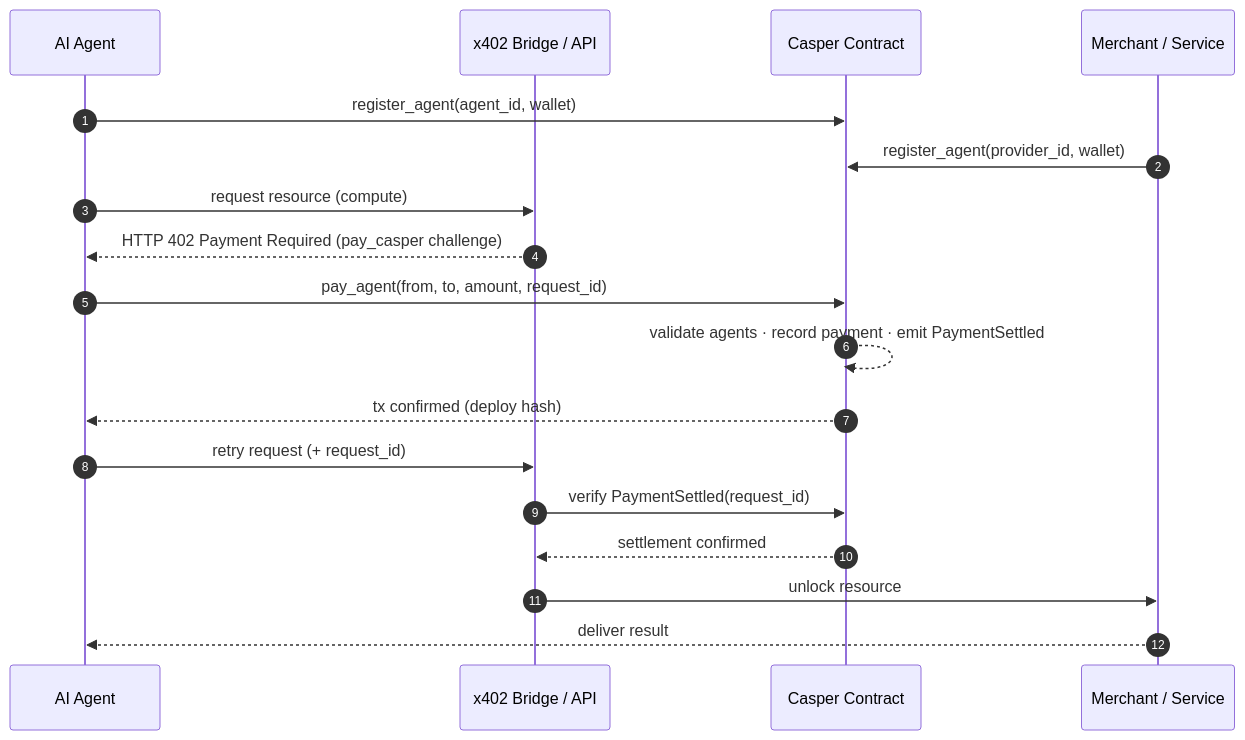
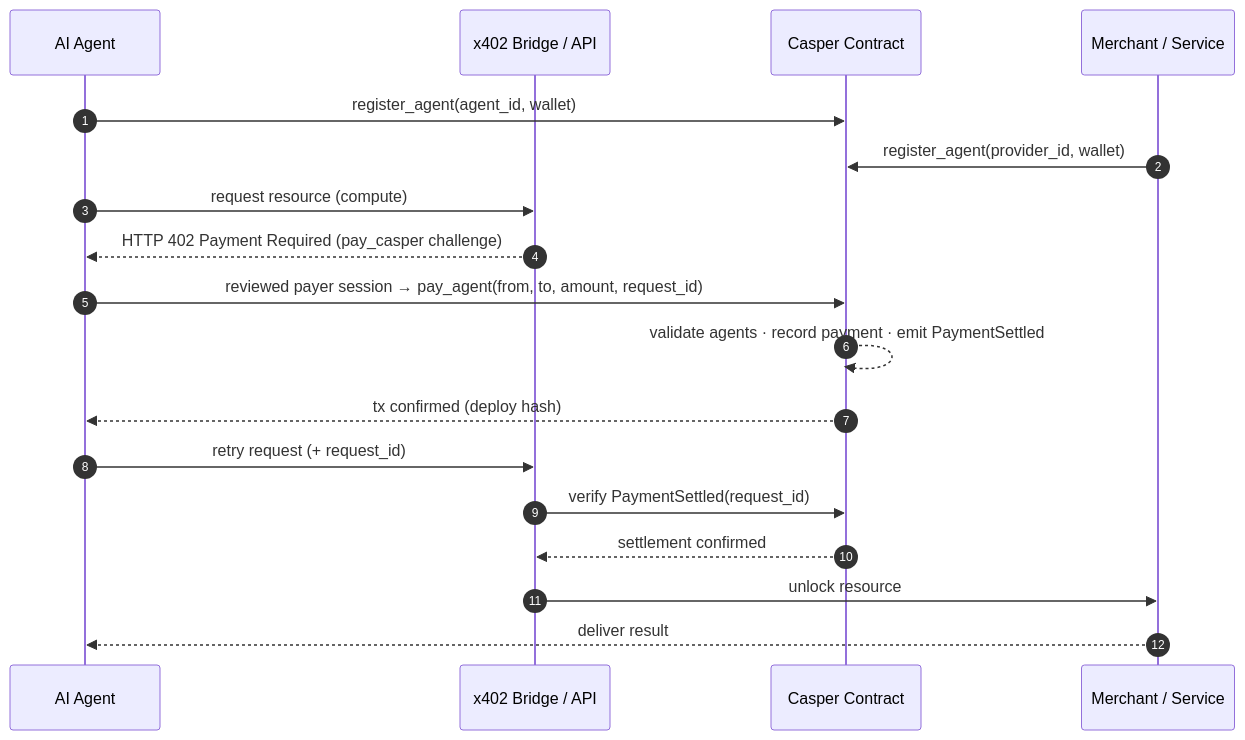
Before and after one commit to AiFinPay/casper-contract: the second of 2 diagrams in README.md, drawn with Mermaid. The commit also changed other lines of this file and 22 other files, not shown here.

Commit message:
fix: route Casper settlement through verified payer session

````diff
--- a/README.md
+++ b/README.md
@@ -134,21 +134,21 @@
 ```mermaid
 sequenceDiagram
     autonumber
     participant Agent as AI Agent
     participant Bridge as x402 Bridge / API
     participant Casper as Casper Contract
     participant Merchant as Merchant / Service
 
     Agent->>Casper: register_agent(agent_id, wallet)
     Merchant->>Casper: register_agent(provider_id, wallet)
     Agent->>Bridge: request resource (compute)
     Bridge-->>Agent: HTTP 402 Payment Required (pay_casper challenge)
-    Agent->>Casper: pay_agent(from, to, amount, request_id)
+    Agent->>Casper: reviewed payer session → pay_agent(from, to, amount, request_id)
     Casper-->>Casper: validate agents · record payment · emit PaymentSettled
     Casper-->>Agent: tx confirmed (deploy hash)
     Agent->>Bridge: retry request (+ request_id)
     Bridge->>Casper: verify PaymentSettled(request_id)
     Casper-->>Bridge: settlement confirmed
     Bridge->>Merchant: unlock resource
     Merchant-->>Agent: deliver result
 ```
````
